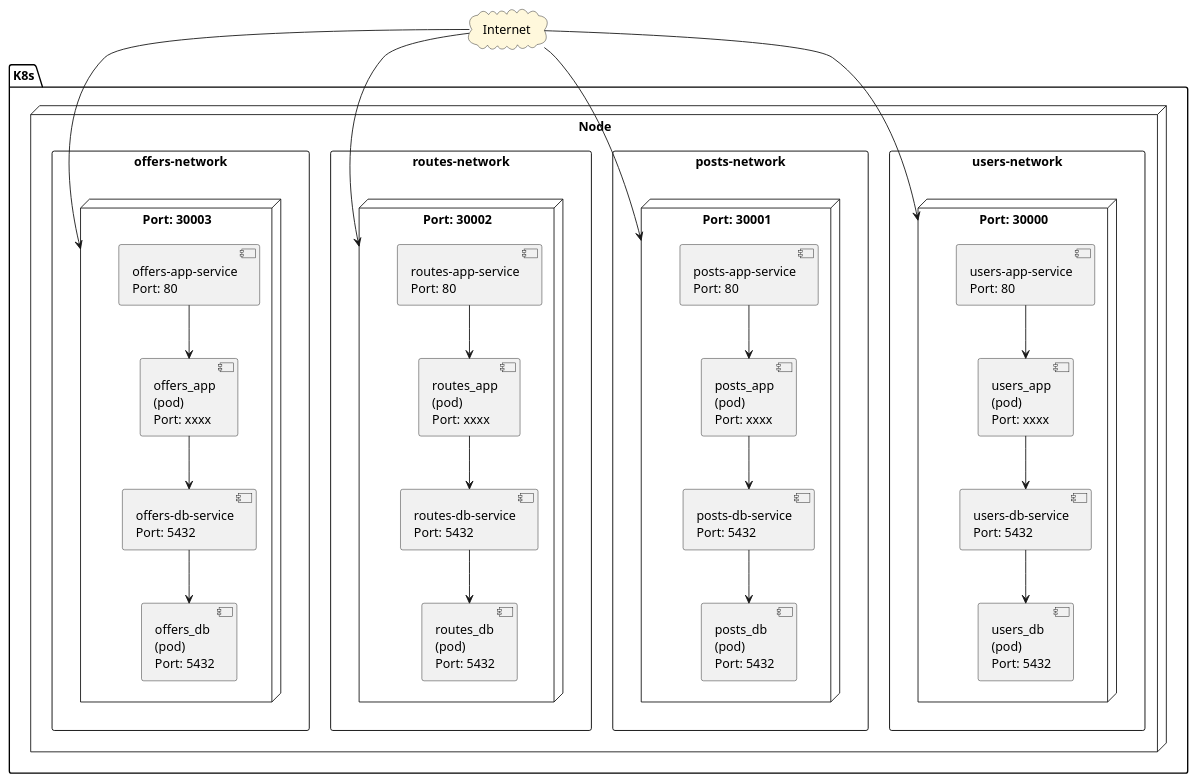
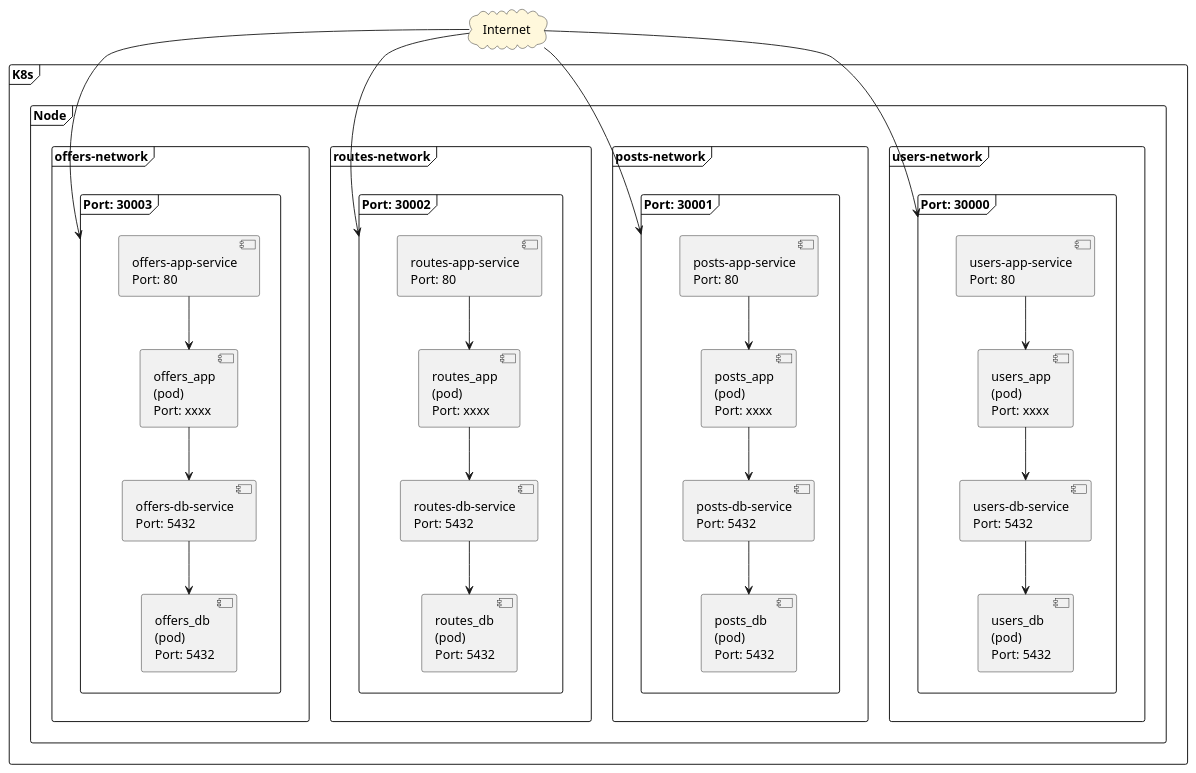
Before and after one commit to EstebanCardenas/MISW4301---Cloud-Native: the diagram in docs/diagrams/networks.puml, drawn with PlantUML.

Commit message:
Update networks diagram

```diff
--- a/docs/diagrams/networks.puml
+++ b/docs/diagrams/networks.puml
@@ -1,59 +1,79 @@
 @startuml
 skinparam shadowing false
-skinparam rectangle {
+skinparam frame {
   BackgroundColor White
   BorderColor Black
 }
 skinparam cloud {
   BackgroundColor #fff8dc
 }
 
 cloud "Internet" as internet
 
-package "K8s" {
-  node "Node" {
+frame "K8s" {
+  frame "Node" {
 
     ' USERS NETWORK
-    rectangle "users-network" {
-      node "Port: 30000" as port30000 {
-        [users-app-service\nPort: 80] --> [users_app\n(pod)\nPort: xxxx]
-        [users_app\n(pod)\nPort: xxxx] --> [users-db-service\nPort: 5432]
-        [users-db-service\nPort: 5432] --> [users_db\n(pod)\nPort: 5432]
+    frame "users-network" {
+      frame "Port: 30000" as port30000 {
+        component "users-app-service\nPort: 80" as users_service
+        component "users_app\n(pod)\nPort: xxxx" as users_app
+        component "users-db-service\nPort: 5432" as users_db_service
+        component "users_db\n(pod)\nPort: 5432" as users_db
+
+        users_service --> users_app
+        users_app --> users_db_service
+        users_db_service --> users_db
       }
     }
 
     ' POSTS NETWORK
-    rectangle "posts-network" {
-      node "Port: 30001" as port30001 {
-        [posts-app-service\nPort: 80] --> [posts_app\n(pod)\nPort: xxxx]
-        [posts_app\n(pod)\nPort: xxxx] --> [posts-db-service\nPort: 5432]
-        [posts-db-service\nPort: 5432] --> [posts_db\n(pod)\nPort: 5432]
+    frame "posts-network" {
+      frame "Port: 30001" as port30001 {
+        component "posts-app-service\nPort: 80" as posts_service
+        component "posts_app\n(pod)\nPort: xxxx" as posts_app
+        component "posts-db-service\nPort: 5432" as posts_db_service
+        component "posts_db\n(pod)\nPort: 5432" as posts_db
+
+        posts_service --> posts_app
+        posts_app --> posts_db_service
+        posts_db_service --> posts_db
       }
     }
 
     ' ROUTES NETWORK
-    rectangle "routes-network" {
-      node "Port: 30002" as port30002 {
-        [routes-app-service\nPort: 80] --> [routes_app\n(pod)\nPort: xxxx]
-        [routes_app\n(pod)\nPort: xxxx] --> [routes-db-service\nPort: 5432]
-        [routes-db-service\nPort: 5432] --> [routes_db\n(pod)\nPort: 5432]
+    frame "routes-network" {
+      frame "Port: 30002" as port30002 {
+        component "routes-app-service\nPort: 80" as routes_service
+        component "routes_app\n(pod)\nPort: xxxx" as routes_app
+        component "routes-db-service\nPort: 5432" as routes_db_service
+        component "routes_db\n(pod)\nPort: 5432" as routes_db
+
+        routes_service --> routes_app
+        routes_app --> routes_db_service
+        routes_db_service --> routes_db
       }
     }
 
     ' OFFERS NETWORK
-    rectangle "offers-network" {
-      node "Port: 30003" as port30003 {
-        [offers-app-service\nPort: 80] --> [offers_app\n(pod)\nPort: xxxx]
-        [offers_app\n(pod)\nPort: xxxx] --> [offers-db-service\nPort: 5432]
-        [offers-db-service\nPort: 5432] --> [offers_db\n(pod)\nPort: 5432]
+    frame "offers-network" {
+      frame "Port: 30003" as port30003 {
+        component "offers-app-service\nPort: 80" as offers_service
+        component "offers_app\n(pod)\nPort: xxxx" as offers_app
+        component "offers-db-service\nPort: 5432" as offers_db_service
+        component "offers_db\n(pod)\nPort: 5432" as offers_db
+
+        offers_service --> offers_app
+        offers_app --> offers_db_service
+        offers_db_service --> offers_db
       }
     }
 
   }
 }
 
 internet --> port30000
 internet --> port30001
 internet --> port30002
 internet --> port30003
 @enduml
```
